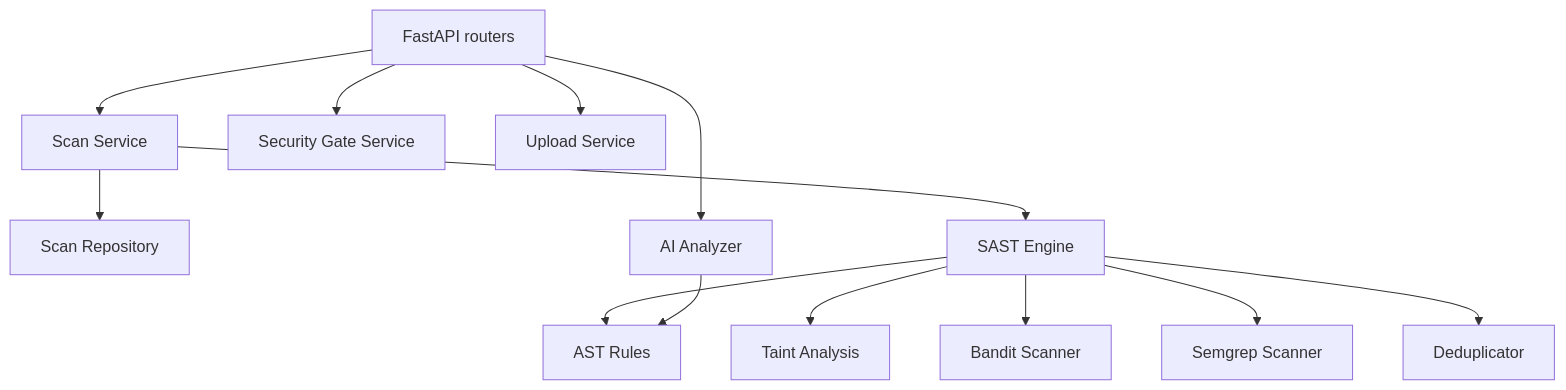
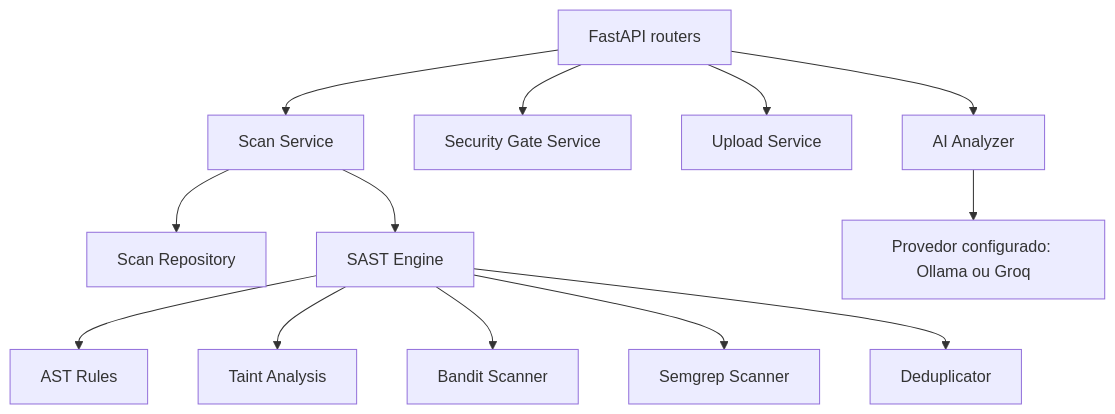
One commit to LorenzzoDiass/SASTGuard changed the fourth of 7 diagrams in docs/ARCHITECTURE.md. Above: the diagram before and after it, drawn with Mermaid. The commit also changed other lines of this file, not shown here.

First line of the commit message:
Revise architecture documentation and diagrams

````diff
--- a/docs/ARCHITECTURE.md
+++ b/docs/ARCHITECTURE.md
@@ -47,28 +76,29 @@
 ```mermaid
 flowchart TD
     api[FastAPI routers]
     scansvc[Scan Service]
     gatesvc[Security Gate Service]
     upload[Upload Service]
     repo[Scan Repository]
     engine[SAST Engine]
     rules[AST Rules]
     taint[Taint Analysis]
     bandit[Bandit Scanner]
     semgrep[Semgrep Scanner]
     dedup[Deduplicator]
     ai[AI Analyzer]
+    provider[Provedor configurado: Ollama ou Groq]
 
     api --> scansvc
     api --> gatesvc
     api --> upload
     api --> ai
     scansvc --> engine
     scansvc --> repo
     engine --> rules
     engine --> taint
     engine --> bandit
     engine --> semgrep
     engine --> dedup
-    ai --> rules
+    ai --> provider
 ```
````
